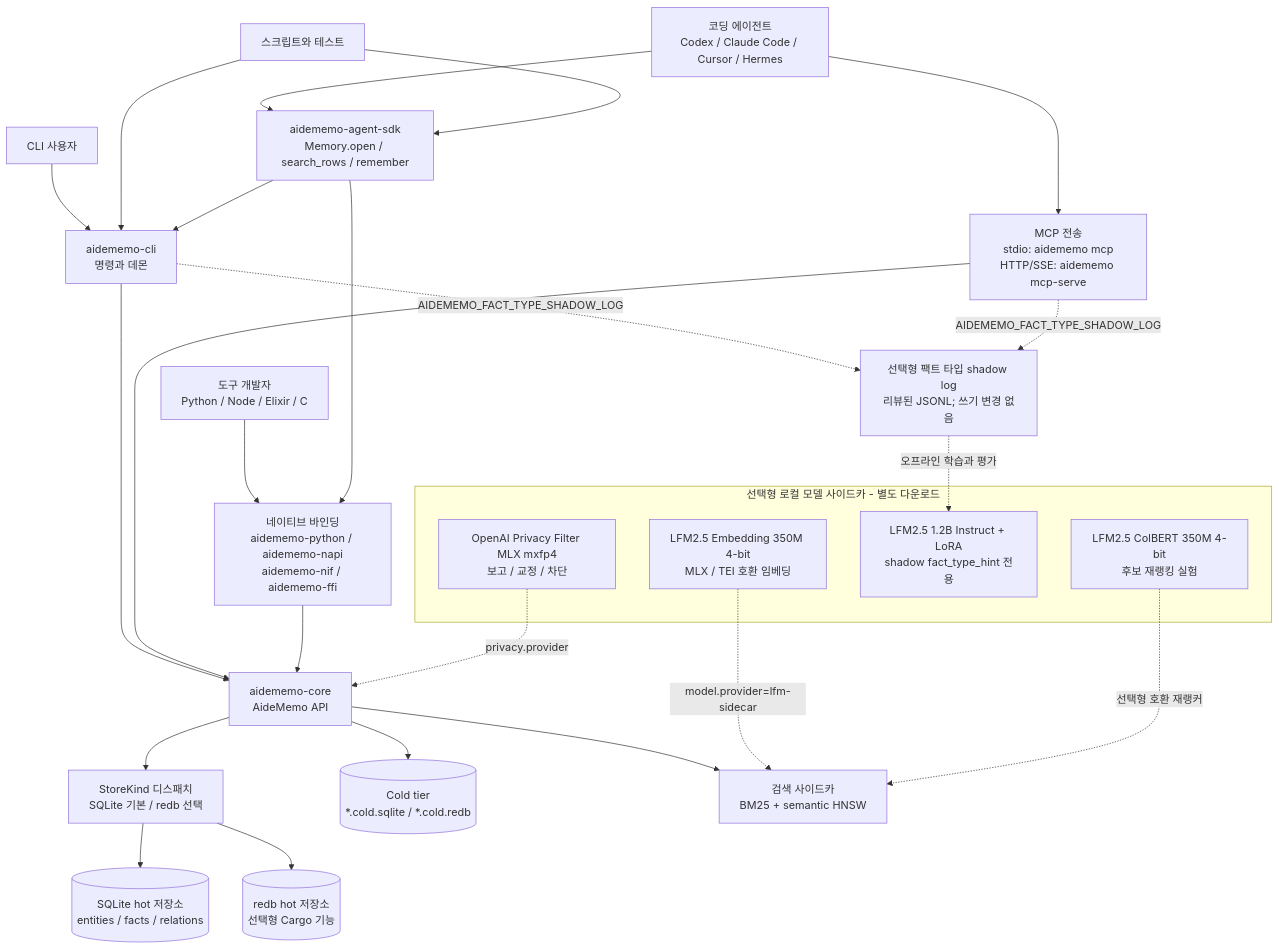
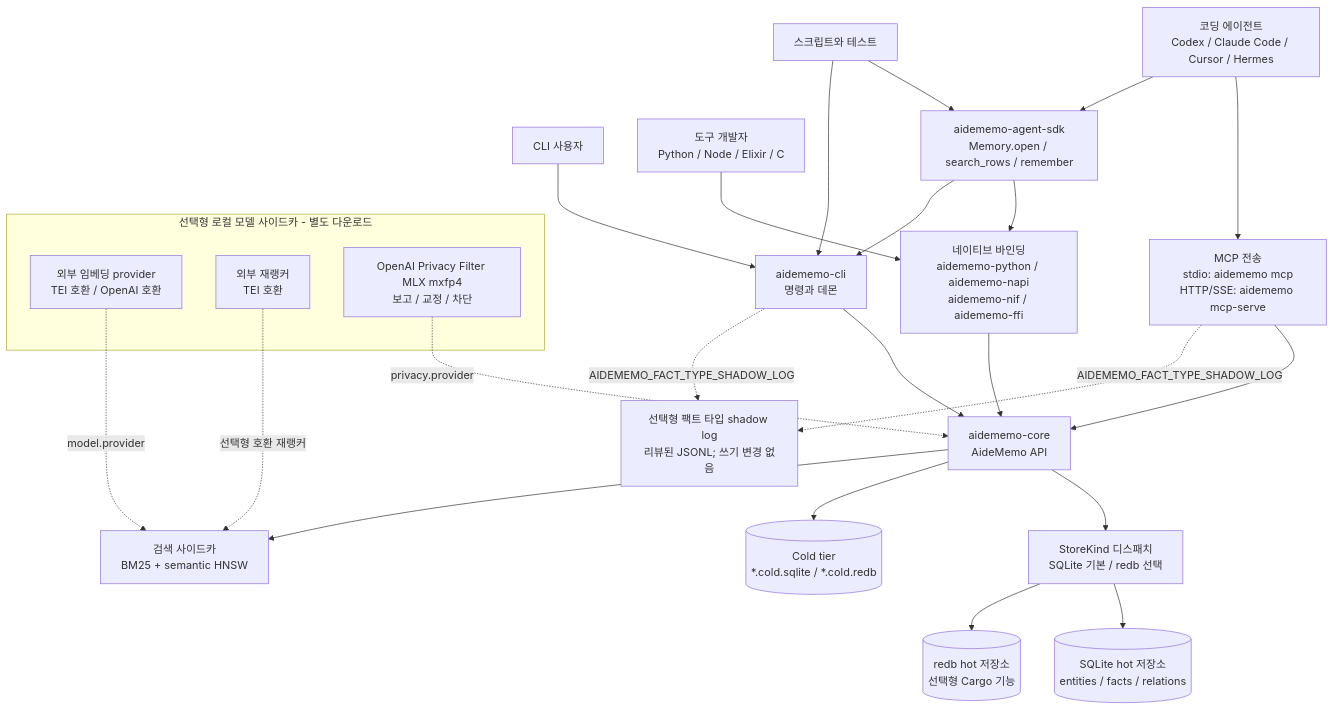
The first of 4 diagrams in website/i18n/ko/docusaurus-plugin-content-docs/current/ARCHITECTURE.md (taeyun16/aidememo), drawn with Mermaid before and after one commit. The commit also changed other lines of this file and 38 other files, not shown here.

````diff
--- a/website/i18n/ko/docusaurus-plugin-content-docs/current/ARCHITECTURE.md
+++ b/website/i18n/ko/docusaurus-plugin-content-docs/current/ARCHITECTURE.md
@@ -14,50 +14,48 @@
 ```mermaid
 flowchart TB
   codex["코딩 에이전트<br/>Codex / Claude Code / Cursor / Hermes"]
   human["CLI 사용자"]
   scripts["스크립트와 테스트"]
   plugins["도구 개발자<br/>Python / Node / Elixir / C"]
 
   cli["aidememo-cli<br/>명령과 데몬"]
   mcp["MCP 전송<br/>stdio: aidememo mcp<br/>HTTP/SSE: aidememo mcp-serve"]
   sdk["aidememo-agent-sdk<br/>Memory.open / search_rows / remember"]
   bindings["네이티브 바인딩<br/>aidememo-python / aidememo-napi<br/>aidememo-nif / aidememo-ffi"]
 
   core["aidememo-core<br/>AideMemo API"]
   backend["StoreKind 디스패치<br/>SQLite 기본 / redb 선택"]
   sqlite[("SQLite hot 저장소<br/>entities / facts / relations")]
   redb[("redb hot 저장소<br/>선택형 Cargo 기능")]
   cold[("Cold tier<br/>*.cold.sqlite / *.cold.redb")]
   indexes["검색 사이드카<br/>BM25 + semantic HNSW"]
   shadow["선택형 팩트 타입 shadow log<br/>리뷰된 JSONL; 쓰기 변경 없음"]
 
   subgraph optional_models["선택형 로컬 모델 사이드카 - 별도 다운로드"]
-    lfm_embed["LFM2.5 Embedding 350M 4-bit<br/>MLX / TEI 호환 임베딩"]
-    lfm_rerank["LFM2.5 ColBERT 350M 4-bit<br/>후보 재랭킹 실험"]
-    lfm_type["LFM2.5 1.2B Instruct + LoRA<br/>shadow fact_type_hint 전용"]
+    external_embed["외부 임베딩 provider<br/>TEI 호환 / OpenAI 호환"]
+    external_rerank["외부 재랭커<br/>TEI 호환"]
     privacy_model["OpenAI Privacy Filter MLX mxfp4<br/>보고 / 교정 / 차단"]
   end
 
   human --> cli
   codex --> mcp
   codex --> sdk
   scripts --> sdk
   scripts --> cli
   plugins --> bindings
   cli --> core
   mcp --> core
   sdk --> bindings
   sdk --> cli
   bindings --> core
   core --> backend
   backend --> sqlite
   backend --> redb
   core --> cold
   core --> indexes
   cli -. "AIDEMEMO_FACT_TYPE_SHADOW_LOG" .-> shadow
   mcp -. "AIDEMEMO_FACT_TYPE_SHADOW_LOG" .-> shadow
-  lfm_embed -. "model.provider=lfm-sidecar" .-> indexes
-  lfm_rerank -. "선택형 호환 재랭커" .-> indexes
-  shadow -. "오프라인 학습과 평가" .-> lfm_type
+  external_embed -. "model.provider" .-> indexes
+  external_rerank -. "선택형 호환 재랭커" .-> indexes
   privacy_model -. "privacy.provider" .-> core
 ```
````
